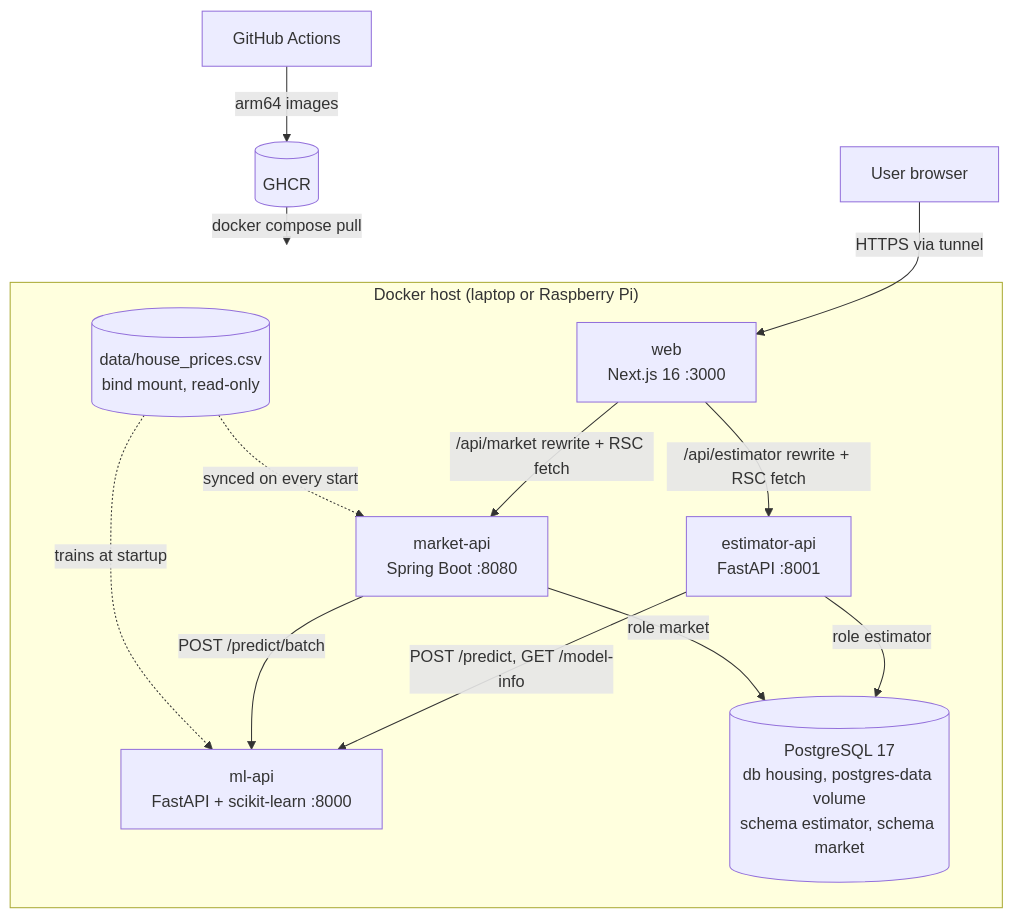
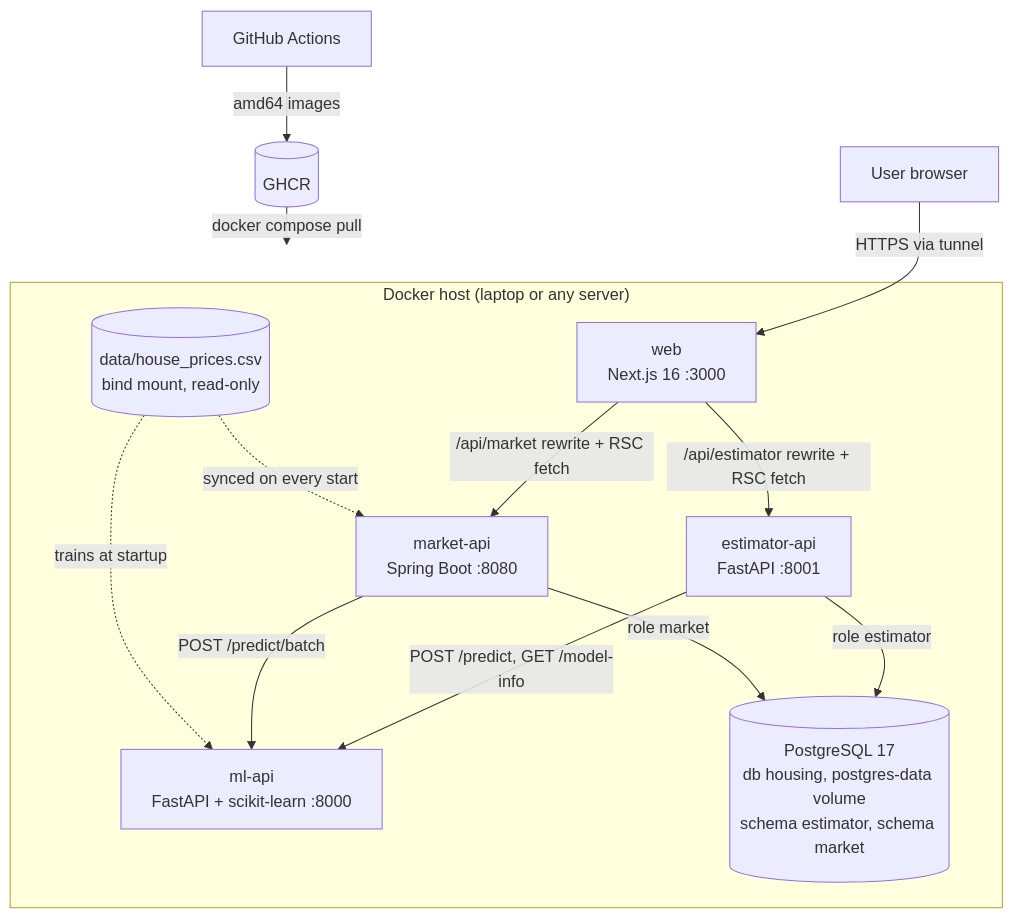
The first of 5 diagrams in ARCHITECTURE.md (Ekhrapykin/housing-prediction-portal), drawn with Mermaid before and after one commit. The commit also changed other lines of this file and 13 other files, not shown here.

First line of the commit message:
Deploy to any Docker host (amd64) and make ports configurable via .env

````diff
--- a/ARCHITECTURE.md
+++ b/ARCHITECTURE.md
@@ -7,22 +7,22 @@
 ```mermaid
 flowchart TB
   U[User browser] -->|HTTPS via tunnel| W
-  subgraph Host["Docker host (laptop or Raspberry Pi)"]
+  subgraph Host["Docker host (laptop or any server)"]
     W[web<br/>Next.js 16 :3000]
     E[estimator-api<br/>FastAPI :8001]
     M[market-api<br/>Spring Boot :8080]
     ML[ml-api<br/>FastAPI + scikit-learn :8000]
     PG[(PostgreSQL 17<br/>db housing, postgres-data volume<br/>schema estimator, schema market)]
     CSV[(data/house_prices.csv<br/>bind mount, read-only)]
     W -->|/api/estimator rewrite + RSC fetch| E
     W -->|/api/market rewrite + RSC fetch| M
     E -->|POST /predict, GET /model-info| ML
     M -->|POST /predict/batch| ML
     E -->|role estimator| PG
     M -->|role market| PG
     CSV -.->|trains at startup| ML
     CSV -.->|synced on every start| M
   end
-  GH[GitHub Actions] -->|arm64 images| GHCR[(GHCR)]
+  GH[GitHub Actions] -->|amd64 images| GHCR[(GHCR)]
   GHCR -->|docker compose pull| Host
 ```
````
